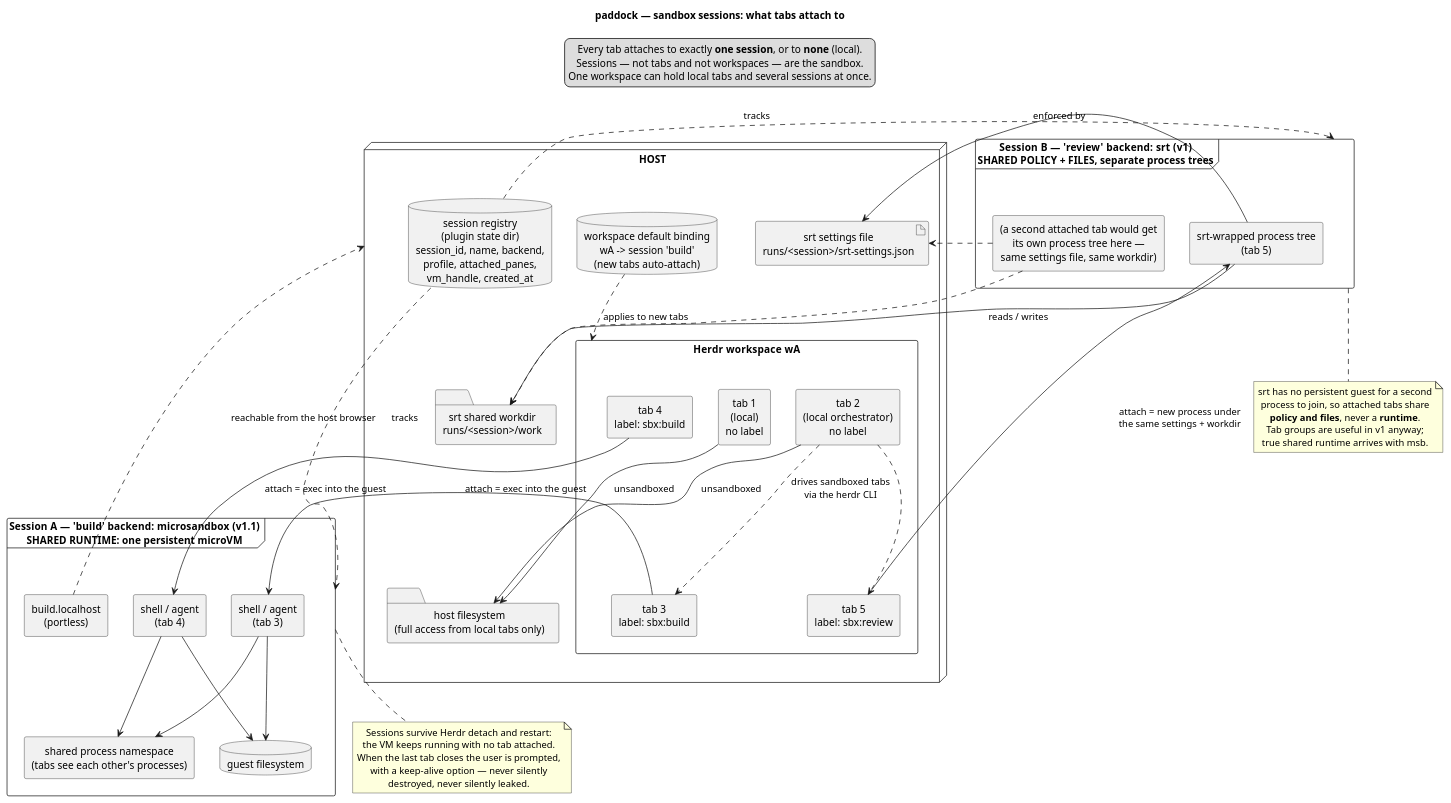
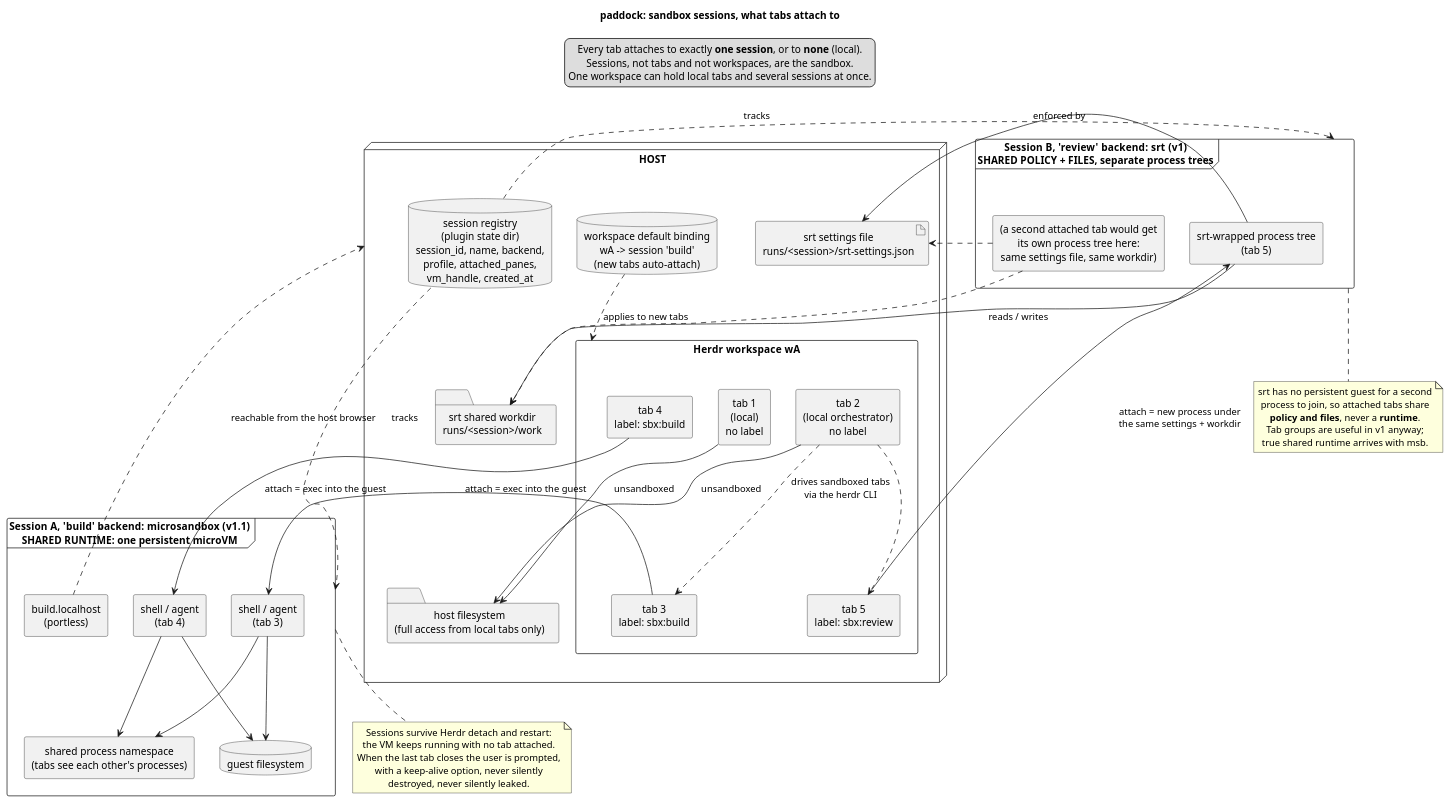
Before and after one commit to paddock-sh/paddock: the diagram in docs/diagrams/scoping_model.puml, drawn with PlantUML. The commit also changed 16 other files, not shown here.

```diff
--- a/docs/diagrams/scoping_model.puml
+++ b/docs/diagrams/scoping_model.puml
@@ -1,87 +1,87 @@
 @startuml scoping_model
-title paddock — sandbox sessions: what tabs attach to
+title paddock: sandbox sessions, what tabs attach to
 
 skinparam componentStyle rectangle
 skinparam shadowing false
 skinparam defaultTextAlignment center
 
 legend top
   Every tab attaches to exactly **one session**, or to **none** (local).
-  Sessions — not tabs and not workspaces — are the sandbox.
+  Sessions, not tabs and not workspaces, are the sandbox.
   One workspace can hold local tabs and several sessions at once.
 endlegend
 
 node "HOST" as Host {
 
   component "Herdr workspace  wA" as Ws {
     component "tab 1\n(local)\nno label" as T1
     component "tab 2\n(local orchestrator)\nno label" as T2
     component "tab 3\nlabel: sbx:build" as T3
     component "tab 4\nlabel: sbx:build" as T4
     component "tab 5\nlabel: sbx:review" as T5
   }
 
   database "session registry\n(plugin state dir)\nsession_id, name, backend,\nprofile, attached_panes,\nvm_handle, created_at" as Registry
 
   database "workspace default binding\nwA -> session 'build'\n(new tabs auto-attach)" as Binding
 
   folder "host filesystem\n(full access from local tabs only)" as HostFs
 
   folder "srt shared workdir\nruns/<session>/work" as SrtWork
   artifact "srt settings file\nruns/<session>/srt-settings.json" as SrtSettings
 }
 
-frame "Session A — 'build'   backend: microsandbox (v1.1)\nSHARED RUNTIME: one persistent microVM" as SessionA {
+frame "Session A, 'build'   backend: microsandbox (v1.1)\nSHARED RUNTIME: one persistent microVM" as SessionA {
   component "shell / agent\n(tab 3)" as G3
   component "shell / agent\n(tab 4)" as G4
   database "guest filesystem" as GuestFs
   component "shared process namespace\n(tabs see each other's processes)" as GuestProcs
   component "build.localhost\n(portless)" as Portless
 }
 
-frame "Session B — 'review'   backend: srt (v1)\nSHARED POLICY + FILES, separate process trees" as SessionB {
+frame "Session B, 'review'   backend: srt (v1)\nSHARED POLICY + FILES, separate process trees" as SessionB {
   component "srt-wrapped process tree\n(tab 5)" as P5
-  component "(a second attached tab would get\nits own process tree here —\nsame settings file, same workdir)" as P6
+  component "(a second attached tab would get\nits own process tree here:\nsame settings file, same workdir)" as P6
 }
 
 T1 --> HostFs : unsandboxed
 T2 --> HostFs : unsandboxed
 T2 ..> T3 : drives sandboxed tabs\nvia the herdr CLI
 T2 ..> T5
 
 T3 --> G3 : attach = exec into the guest
 T4 --> G4 : attach = exec into the guest
 G3 --> GuestFs
 G4 --> GuestFs
 G3 --> GuestProcs
 G4 --> GuestProcs
 Portless ..> Host : reachable from the host browser
 
 T5 --> P5 : attach = new process under\nthe same settings + workdir
 P5 --> SrtSettings : enforced by
 P6 ..> SrtSettings
 P5 --> SrtWork : reads / writes
 P6 ..> SrtWork
 SrtWork -[hidden]- HostFs
 
 Registry ..> SessionA : tracks
 Registry ..> SessionB : tracks
 Binding ..> Ws : applies to new tabs
 
 note bottom of SessionA
   Sessions survive Herdr detach and restart:
   the VM keeps running with no tab attached.
   When the last tab closes the user is prompted,
-  with a keep-alive option — never silently
+  with a keep-alive option, never silently
   destroyed, never silently leaked.
 end note
 
 note bottom of SessionB
   srt has no persistent guest for a second
   process to join, so attached tabs share
   **policy and files**, never a **runtime**.
   Tab groups are useful in v1 anyway;
   true shared runtime arrives with msb.
 end note
 
 @enduml
```
